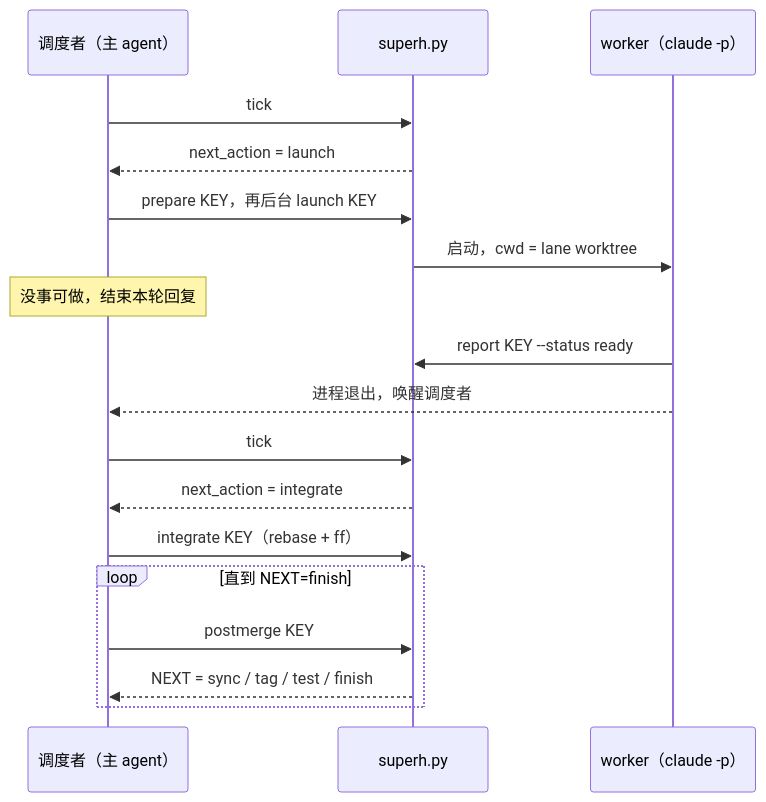
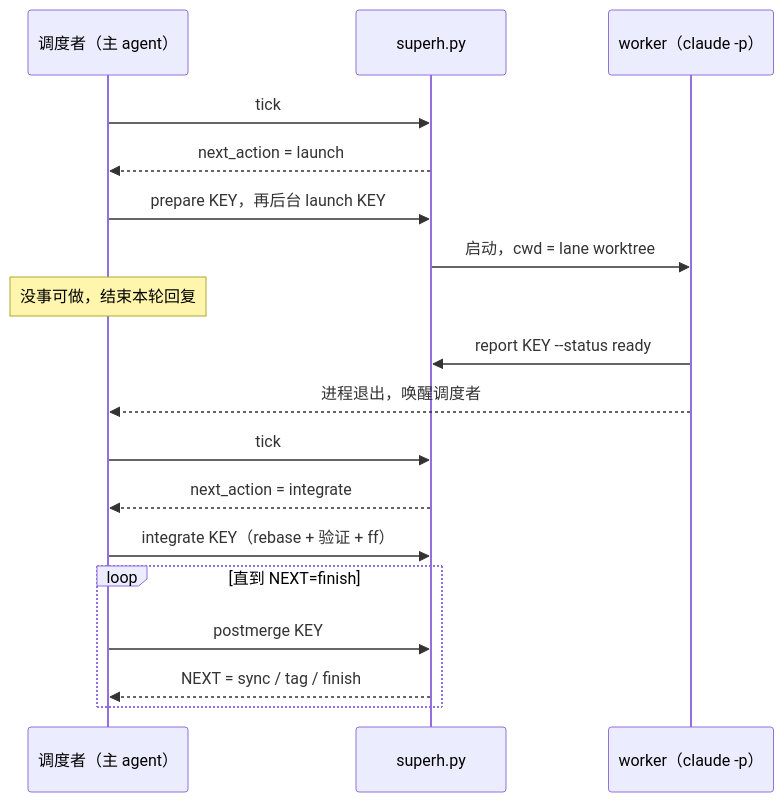
The second of 3 diagrams in plugins/super-harness/README.md (Niutie/my-cc-plugin), drawn with Mermaid before and after one commit. The commit also changed other lines of this file and 40 other files, not shown here.

````diff
--- a/plugins/super-harness/README.md
+++ b/plugins/super-harness/README.md
@@ -40,20 +42,20 @@
 ```mermaid
 sequenceDiagram
   participant D as 调度者（主 agent）
   participant S as superh.py
   participant W as worker（claude -p）
   D->>S: tick
   S-->>D: next_action = launch
   D->>S: prepare KEY，再后台 launch KEY
   S->>W: 启动，cwd = lane worktree
   Note over D: 没事可做，结束本轮回复
   W->>S: report KEY --status ready
   W-->>D: 进程退出，唤醒调度者
   D->>S: tick
   S-->>D: next_action = integrate
-  D->>S: integrate KEY（rebase + ff）
+  D->>S: integrate KEY（rebase + 验证 + ff）
   loop 直到 NEXT=finish
     D->>S: postmerge KEY
-    S-->>D: NEXT = sync / tag / test / finish
+    S-->>D: NEXT = sync / tag / finish
   end
 ```
````
